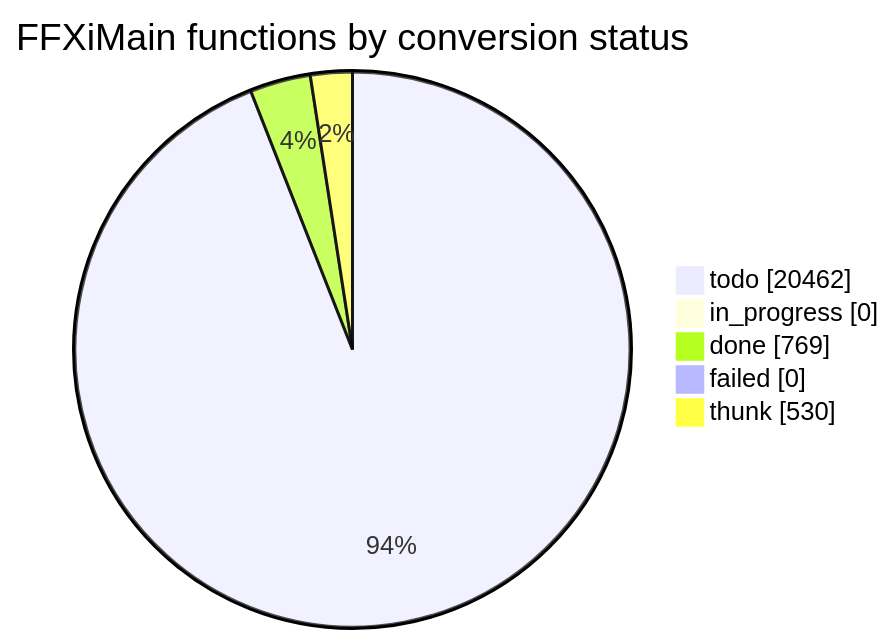
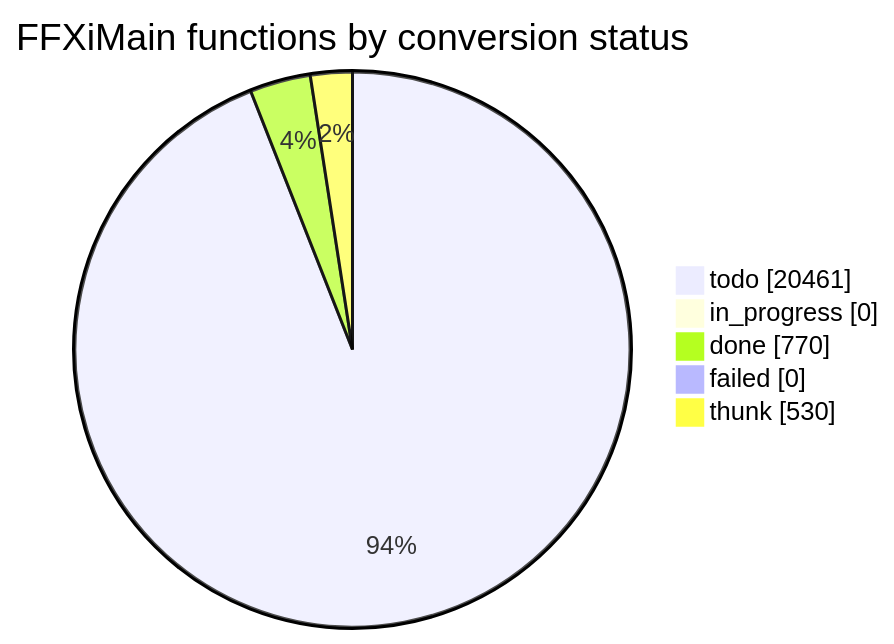
One commit to cowrevenge/cow_kuluu_xi_anything changed the diagram in docs/cow/STATUS.md. Above: the diagram before and after it, drawn with Mermaid. The commit also changed other lines of this file and 9 other files, not shown here.

````diff
--- a/docs/cow/STATUS.md
+++ b/docs/cow/STATUS.md
@@ -18,9 +18,9 @@
 ```mermaid
 pie showData
     title FFXiMain functions by conversion status
-    "todo" : 20462
+    "todo" : 20461
     "in_progress" : 0
-    "done" : 769
+    "done" : 770
     "failed" : 0
     "thunk" : 530
 ```
````
